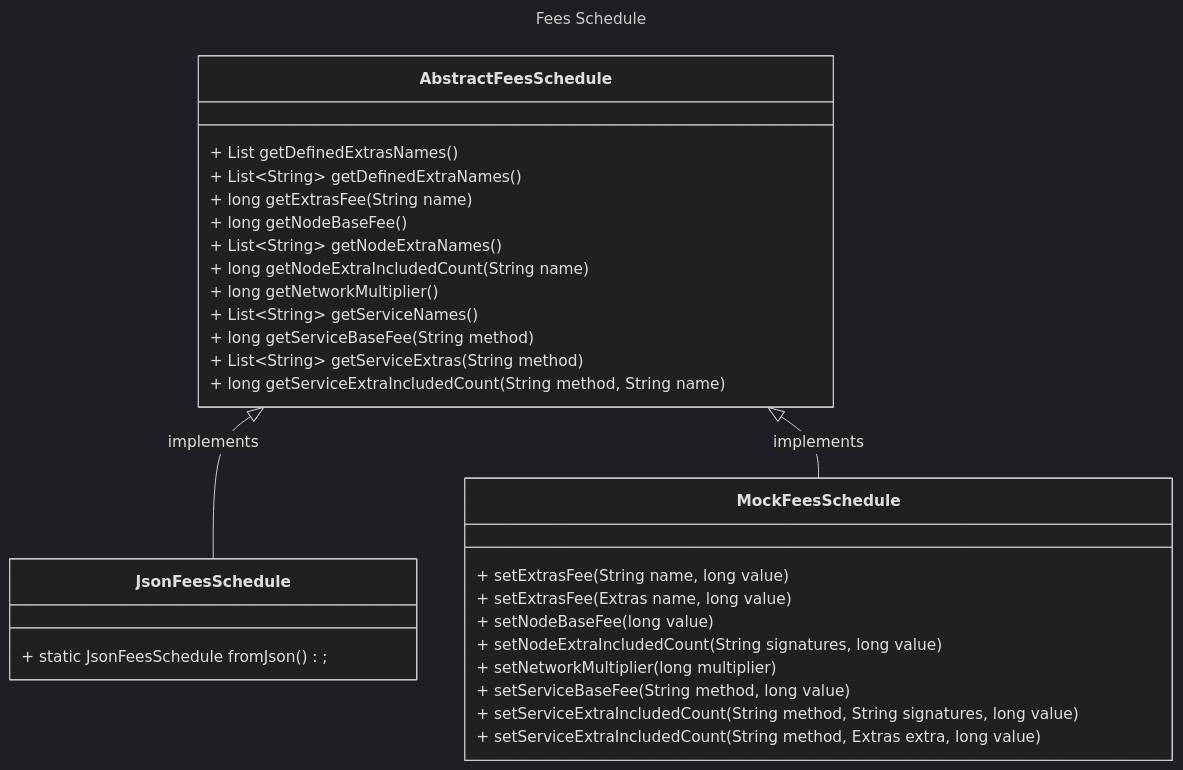
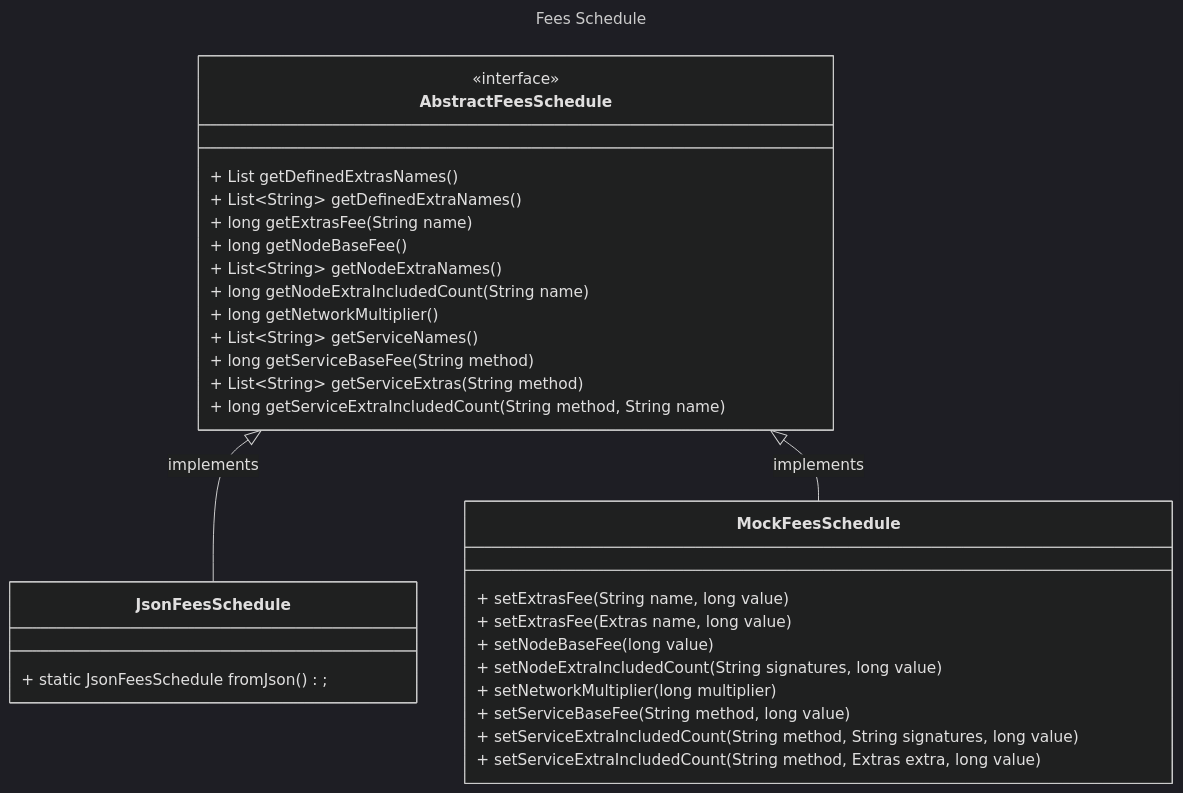
The diagram in docs/simplefees/architecture.md (joshmarinacci/hiero-consensus-node), drawn with Mermaid (dark theme) before and after one commit.

Commit message:
add interface

````diff
--- a/docs/simplefees/architecture.md
+++ b/docs/simplefees/architecture.md
@@ -8,38 +8,38 @@
 ```mermaid
 ---
 title: Fees Schedule
 ---
 classDiagram
     AbstractFeesSchedule <|-- JsonFeesSchedule : implements
     AbstractFeesSchedule <|-- MockFeesSchedule : implements
     
-    class AbstractFeesSchedule {
+    class AbstractFeesSchedule <<interface>> {
         + List getDefinedExtrasNames()
         + List~String~ getDefinedExtraNames()
         + long getExtrasFee(String name)
         + long getNodeBaseFee()
         + List~String~ getNodeExtraNames()
         + long getNodeExtraIncludedCount(String name)
         + long getNetworkMultiplier()
         + List~String~ getServiceNames()
         + long getServiceBaseFee(String method)
         + List~String~ getServiceExtras(String method)
         + long getServiceExtraIncludedCount(String method, String name)
     }
     
     class JsonFeesSchedule {
         + static JsonFeesSchedule fromJson();
     }
     
     class MockFeesSchedule {
         + setExtrasFee(String name, long value)
         + setExtrasFee(Extras name, long value)
         + setNodeBaseFee(long value)
         + setNodeExtraIncludedCount(String signatures, long value)
         + setNetworkMultiplier(long multiplier)
         + setServiceBaseFee(String method, long value)
         + setServiceExtraIncludedCount(String method, String signatures, long value)
         + setServiceExtraIncludedCount(String method, Extras extra, long value)
     }
 
 ```
````
